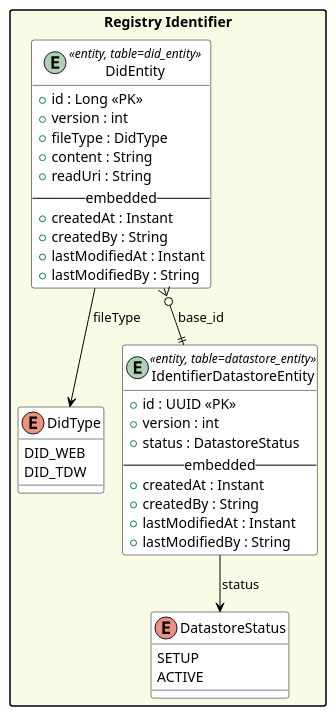
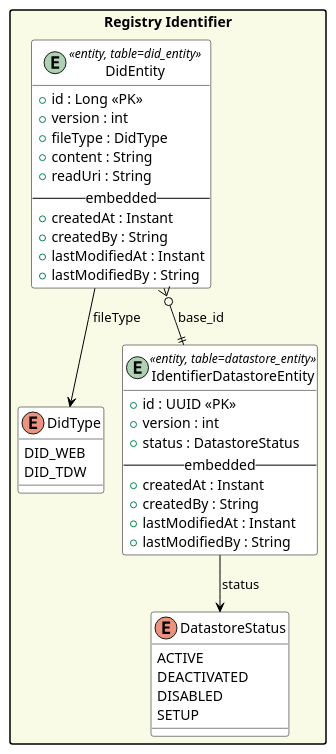
One commit to swiyu-admin-ch/swiyu-core-business-service changed the diagram in docs/models/registry-identifier-domain-model.puml. Above: the diagram before and after it, drawn with PlantUML. The commit also changed 65 other files, not shown here.

```diff
--- a/docs/models/registry-identifier-domain-model.puml
+++ b/docs/models/registry-identifier-domain-model.puml
@@ -1,51 +1,53 @@
 @startuml registry-identifier
 
 !pragma layout smetana
 
 skinparam ClassBackgroundColor White
 skinparam ClassBorderColor Black
 skinparam ArrowColor Black
 skinparam packageStyle rectangle
 
 package "Registry Identifier" #F9FBE7 {
 
     enum DatastoreStatus {
+        ACTIVE
+        DEACTIVATED
+        DISABLED
         SETUP
-        ACTIVE
     }
 
     enum DidType {
         DID_WEB
         DID_TDW
     }
 
     entity IdentifierDatastoreEntity <<entity, table=datastore_entity>> {
         + id : UUID <<PK>>
         + version : int
         + status : DatastoreStatus
         -- embedded --
         + createdAt : Instant
         + createdBy : String
         + lastModifiedAt : Instant
         + lastModifiedBy : String
     }
 
     entity DidEntity <<entity, table=did_entity>> {
         + id : Long <<PK>>
         + version : int
         + fileType : DidType
         + content : String
         + readUri : String
         -- embedded --
         + createdAt : Instant
         + createdBy : String
         + lastModifiedAt : Instant
         + lastModifiedBy : String
     }
 
     DidEntity }o--|| IdentifierDatastoreEntity : "base_id"
     IdentifierDatastoreEntity --> DatastoreStatus : status
     DidEntity --> DidType : fileType
 }
 
 @enduml
```
